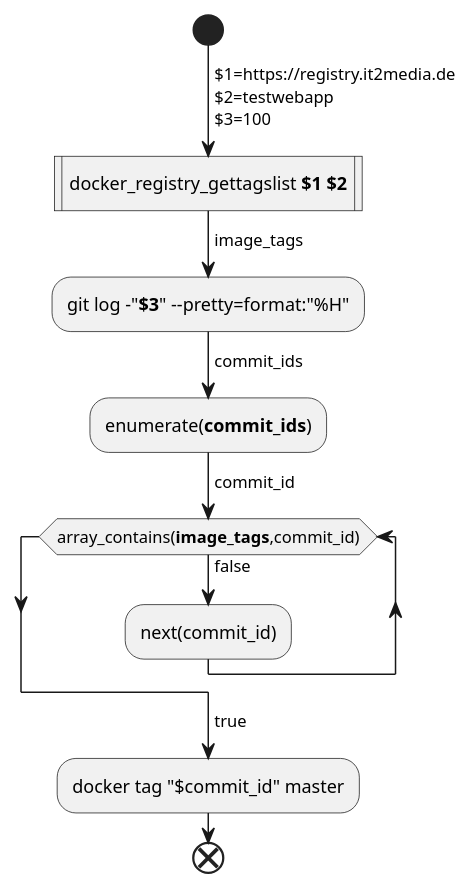
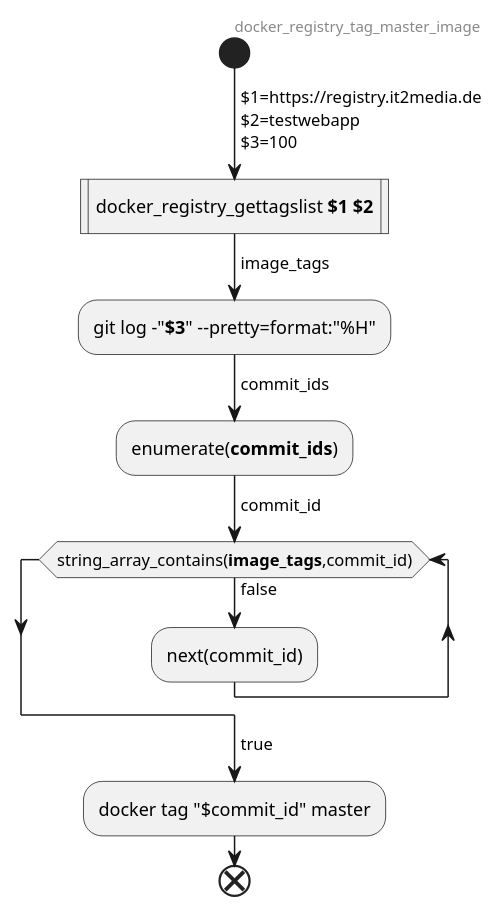
Before and after one commit to it2media/scripts: the diagram in Bash/docker_registry_tag_master_image.pu, drawn with PlantUML. The commit also changed 3 other files, not shown here.

Commit message:
Finished docker_registry_gettagslist

```diff
--- a/Bash/docker_registry_tag_master_image.pu
+++ b/Bash/docker_registry_tag_master_image.pu
@@ -1,19 +1,20 @@
 @startuml docker_registry_tag_master_image
+header docker_registry_tag_master_image
 start
 ->$1=https://registry.it2media.de
 $2=testwebapp
 $3=100;
 :docker_registry_gettagslist **$1** **$2**|
 ->image_tags;
 :git log -"**$3**" --pretty=format:"%H";
 ->commit_ids;
 :enumerate(**commit_ids**);
 ->commit_id;
-while (array_contains(**image_tags**,commit_id))
+while (string_array_contains(**image_tags**,commit_id))
   ->false;
   :next(commit_id);
 endwhile
 ->true;
 :docker tag "$commit_id" master;
 end
 @enduml
```
